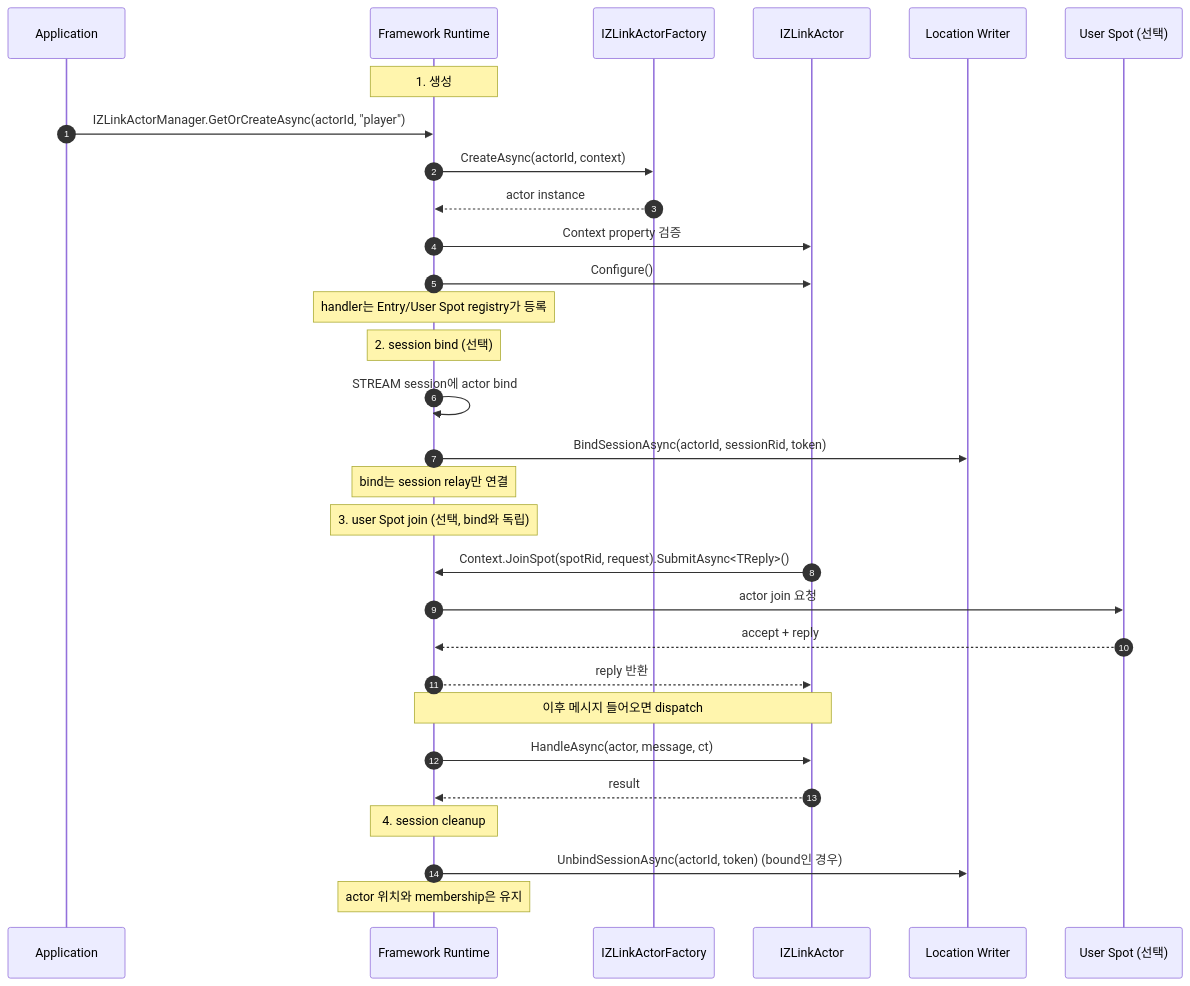
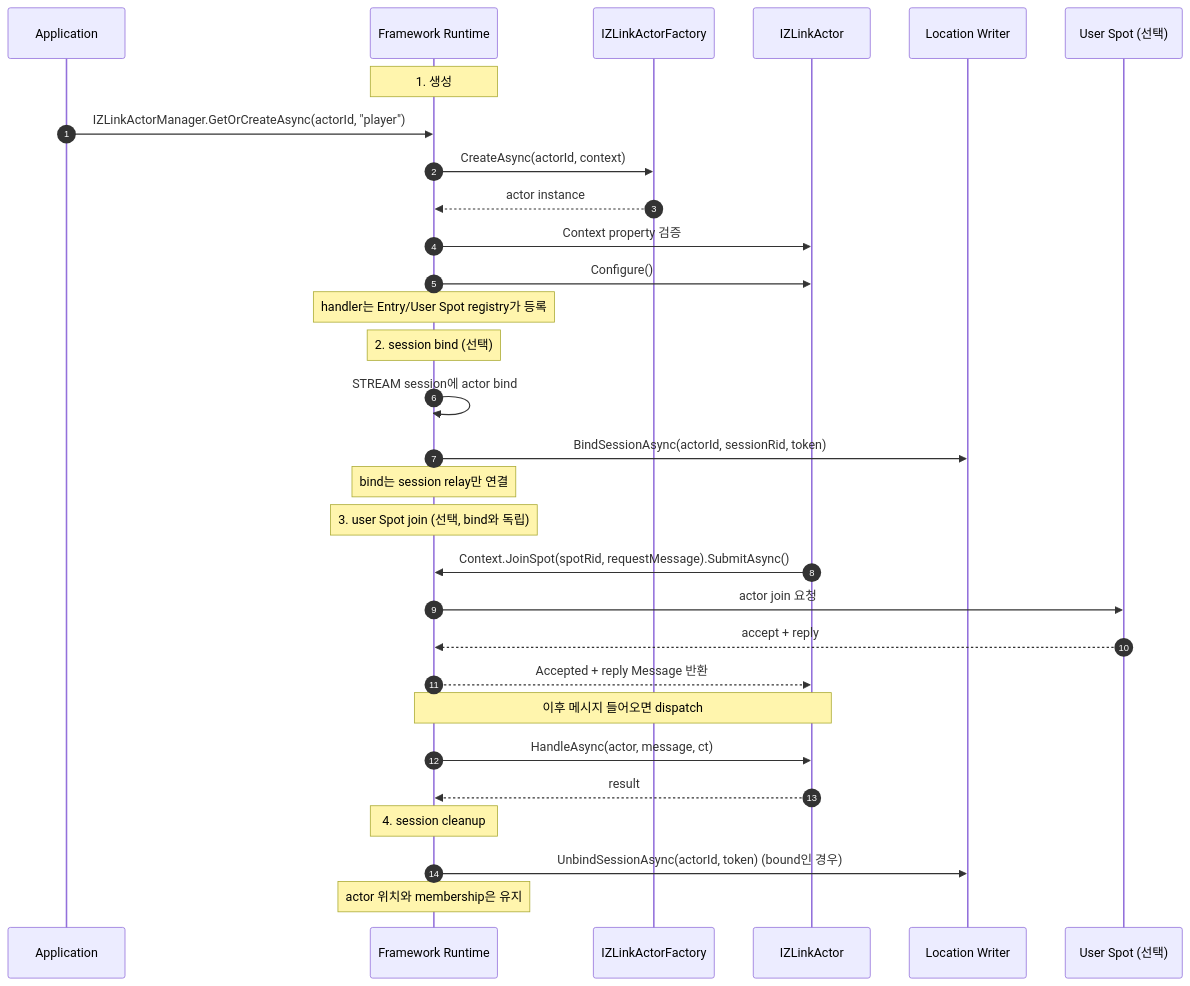
Before and after one commit to kairos-code-dev/zlink: the first of 3 diagrams in framework/languages/dotnet/doc/spec/aspnet-core-actor.ko.md, drawn with Mermaid. The commit also changed other lines of this file and 113 other files, not shown here.

````diff
--- a/framework/languages/dotnet/doc/spec/aspnet-core-actor.ko.md
+++ b/framework/languages/dotnet/doc/spec/aspnet-core-actor.ko.md
@@ -255,37 +255,37 @@
 ```mermaid
 sequenceDiagram
     autonumber
     participant App as Application
     participant FW as Framework Runtime
     participant Fact as IZLinkActorFactory
     participant Act as IZLinkActor
     participant Loc as Location Writer
     participant Spot as User Spot (선택)
 
     Note over FW: 1. 생성
     App->>FW: IZLinkActorManager.GetOrCreateAsync(actorId, "player")
     FW->>Fact: CreateAsync(actorId, context)
     Fact-->>FW: actor instance
     FW->>Act: Context property 검증
     FW->>Act: Configure()
     Note over FW: handler는 Entry/User Spot registry가 등록
 
     Note over FW: 2. session bind (선택)
     FW->>FW: STREAM session에 actor bind
     FW->>Loc: BindSessionAsync(actorId, sessionRid, token)
     Note over FW: bind는 session relay만 연결
 
     Note over FW: 3. user Spot join (선택, bind와 독립)
-    Act->>FW: Context.JoinSpot(spotRid, request).SubmitAsync<TReply>()
+    Act->>FW: Context.JoinSpot(spotRid, requestMessage).SubmitAsync()
     FW->>Spot: actor join 요청
     Spot-->>FW: accept + reply
-    FW-->>Act: reply 반환
+    FW-->>Act: Accepted + reply Message 반환
 
     Note over FW,Act: 이후 메시지 들어오면 dispatch
     FW->>Act: HandleAsync(actor, message, ct)
     Act-->>FW: result
 
     Note over FW: 4. session cleanup
     FW->>Loc: UnbindSessionAsync(actorId, token) (bound인 경우)
     Note over FW: actor 위치와 membership은 유지
 ```
````
